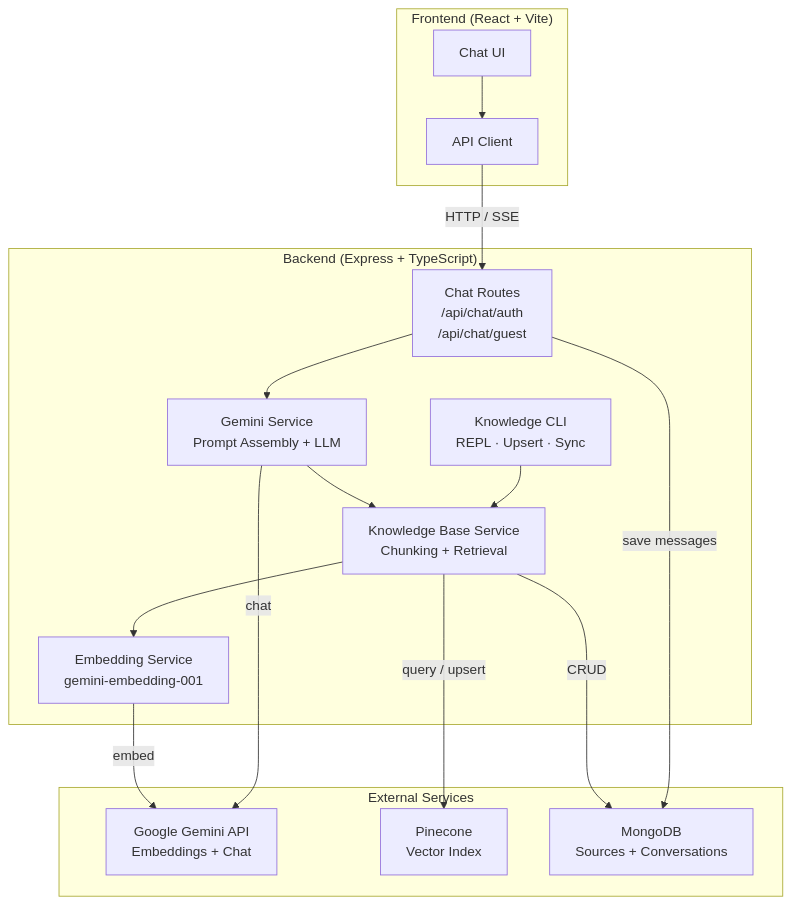
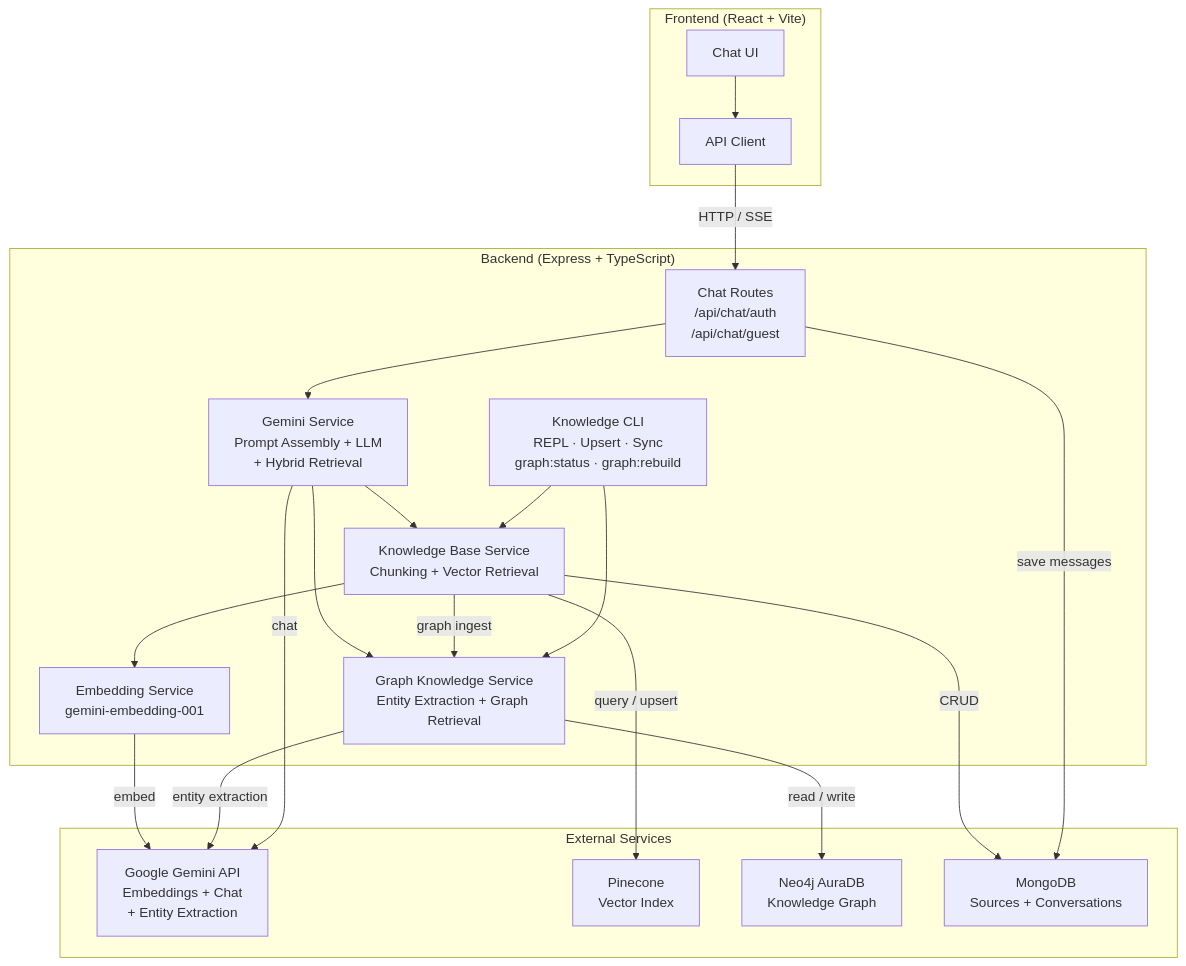
The first of 11 diagrams in RAG.md (hoangsonww/AI-RAG-Assistant-Chatbot), drawn with Mermaid before and after one commit. The commit also changed other lines of this file and 32 other files, not shown here.

First line of the commit message:
feat(rag): add hybrid Pinecone+Neo4j retrieval, graph ingestion, and CLI graph management

````diff
--- a/RAG.md
+++ b/RAG.md
@@ -23,31 +28,38 @@
 ```mermaid
 graph TB
   subgraph Client["Frontend (React + Vite)"]
     UI["Chat UI"] --> API["API Client"]
   end
 
   subgraph Server["Backend (Express + TypeScript)"]
     Routes["Chat Routes<br/>/api/chat/auth<br/>/api/chat/guest"]
-    GeminiSvc["Gemini Service<br/>Prompt Assembly + LLM"]
-    KBSvc["Knowledge Base Service<br/>Chunking + Retrieval"]
+    GeminiSvc["Gemini Service<br/>Prompt Assembly + LLM<br/>+ Hybrid Retrieval"]
+    KBSvc["Knowledge Base Service<br/>Chunking + Vector Retrieval"]
+    GraphSvc["Graph Knowledge Service<br/>Entity Extraction + Graph Retrieval"]
     EmbedSvc["Embedding Service<br/>gemini-embedding-001"]
-    CLI["Knowledge CLI<br/>REPL · Upsert · Sync"]
+    CLI["Knowledge CLI<br/>REPL · Upsert · Sync<br/>graph:status · graph:rebuild"]
   end
 
   subgraph External["External Services"]
-    Gemini["Google Gemini API<br/>Embeddings + Chat"]
+    Gemini["Google Gemini API<br/>Embeddings + Chat<br/>+ Entity Extraction"]
     Pinecone["Pinecone<br/>Vector Index"]
+    Neo4j["Neo4j AuraDB<br/>Knowledge Graph"]
     MongoDB["MongoDB<br/>Sources + Conversations"]
   end
 
   API -->|HTTP / SSE| Routes
   Routes --> GeminiSvc
   GeminiSvc --> KBSvc
+  GeminiSvc --> GraphSvc
   KBSvc --> EmbedSvc
   EmbedSvc -->|embed| Gemini
   KBSvc -->|query / upsert| Pinecone
   KBSvc -->|CRUD| MongoDB
+  KBSvc -->|graph ingest| GraphSvc
+  GraphSvc -->|entity extraction| Gemini
+  GraphSvc -->|read / write| Neo4j
   GeminiSvc -->|chat| Gemini
   Routes -->|save messages| MongoDB
   CLI --> KBSvc
+  CLI --> GraphSvc
 ```
````
